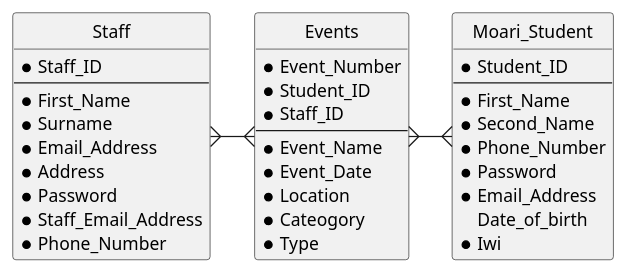
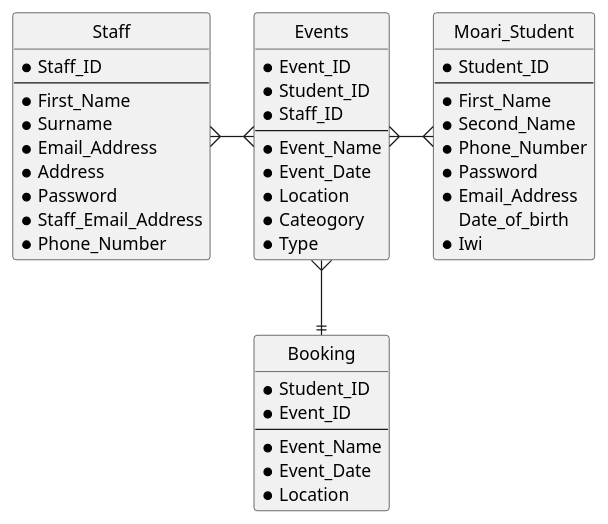
The diagram in ERD.puml (Ben-Stacey/COSC326), drawn with PlantUML before and after one commit. The commit also changed 11 other files, not shown here.

```diff
--- a/ERD.puml
+++ b/ERD.puml
@@ -1,48 +1,59 @@
 @startuml
 
 skinparam Style StrictUML
 skinparam LineType ortho
 skinparam monochrome true
 
 Entity Moari_Student{
 * Student_ID
 --
 * First_Name
 * Second_Name
 * Phone_Number
 * Password
 * Email_Address
 Date_of_birth  
 * Iwi 
 }
 
 Entity Events{
-* Event_Number
+* Event_ID
 * Student_ID
 * Staff_ID
 --
 * Event_Name
 * Event_Date
 * Location
 * Cateogory
 * Type
 }
 
 Entity Staff{
 * Staff_ID
 --
 * First_Name
 * Surname
 * Email_Address
 * Address
 * Password
 * Staff_Email_Address
 * Phone_Number
 }
 
+Entity Booking{
+* Student_ID
+* Event_ID
+--
+* Event_Name
+* Event_Date
+* Location
+}
+
 'Entity Relationship
 
 Staff }-{ Events
 Events }-{ Moari_Student
+Events }--|| Booking
+
 
 @enduml
```
